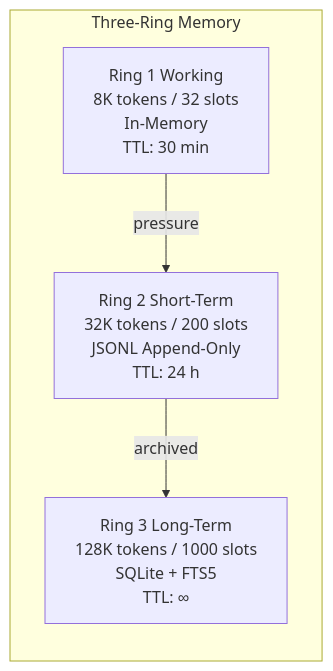
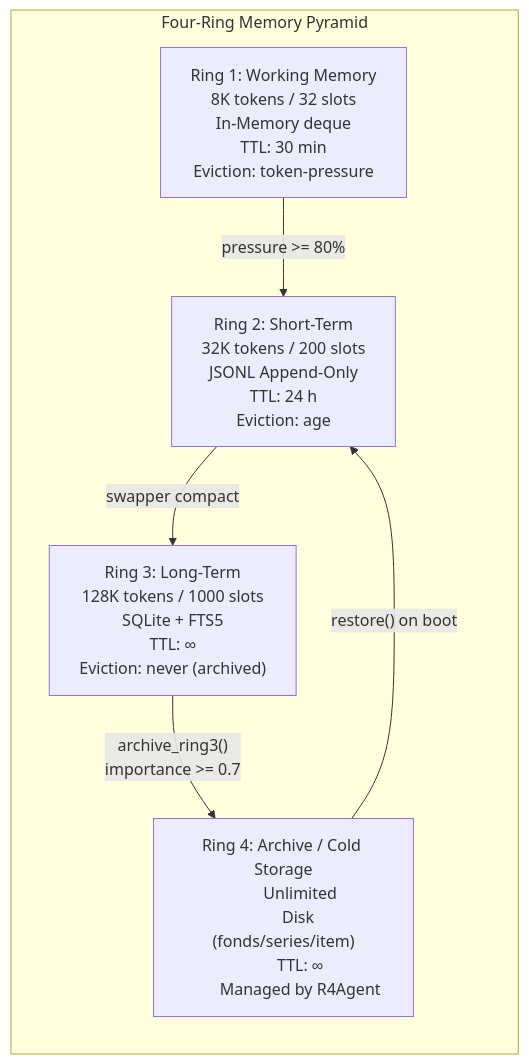
One commit to guilingzhouyi-creator/Praxis-Agent-OS changed the first of 2 diagrams in docs/architecture/deep-dive/memory.md. Above: the diagram before and after it, drawn with Mermaid. The commit also changed other lines of this file and 1 other file, not shown here.

First line of the commit message:
docs: complete Cell internal architecture + 4-ring memory

````diff
--- a/docs/architecture/deep-dive/memory.md
+++ b/docs/architecture/deep-dive/memory.md
@@ -7,19 +8,29 @@
 ```mermaid
 flowchart LR
-    subgraph Rings["Three-Ring Memory"]
-        R1["Ring 1 Working
+    subgraph Rings["Four-Ring Memory Pyramid"]
+        R1["Ring 1: Working Memory
         8K tokens / 32 slots
-        In-Memory
-        TTL: 30 min"]
-        R2["Ring 2 Short-Term
+        In-Memory deque
+        TTL: 30 min
+        Eviction: token-pressure"]
+        R2["Ring 2: Short-Term
         32K tokens / 200 slots
         JSONL Append-Only
-        TTL: 24 h"]
-        R3["Ring 3 Long-Term
+        TTL: 24 h
+        Eviction: age"]
+        R3["Ring 3: Long-Term
         128K tokens / 1000 slots
         SQLite + FTS5
-        TTL: ∞"]
+        TTL: ∞
+        Eviction: never (archived)"]
+        R4["Ring 4: Archive / Cold Storage
+        Unlimited
+        Disk (fonds/series/item)
+        TTL: ∞
+        Managed by R4Agent"]
     end
-    R1 -->|pressure| R2
-    R2 -->|archived| R3
+    R1 -->|"pressure >= 80%"| R2
+    R2 -->|"swapper compact"| R3
+    R3 -->|"archive_ring3()\nimportance >= 0.7"| R4
+    R4 -->|"restore() on boot"| R2
 ```
````
